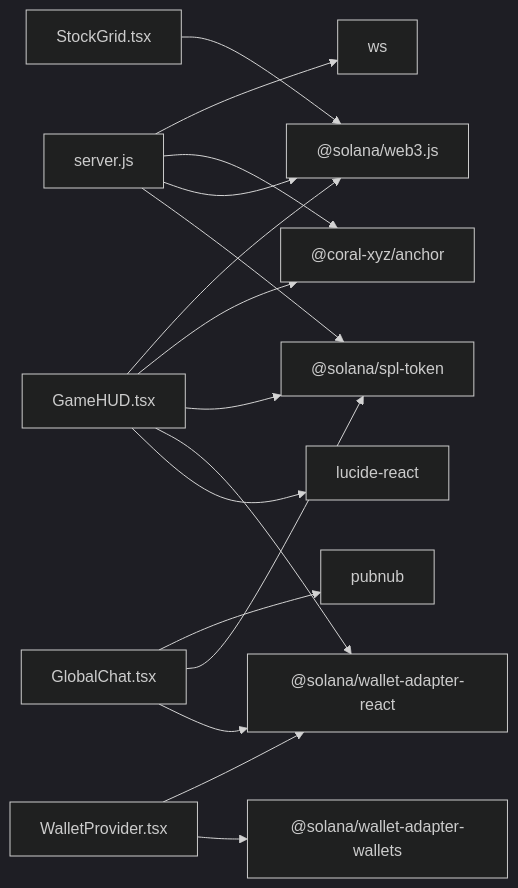
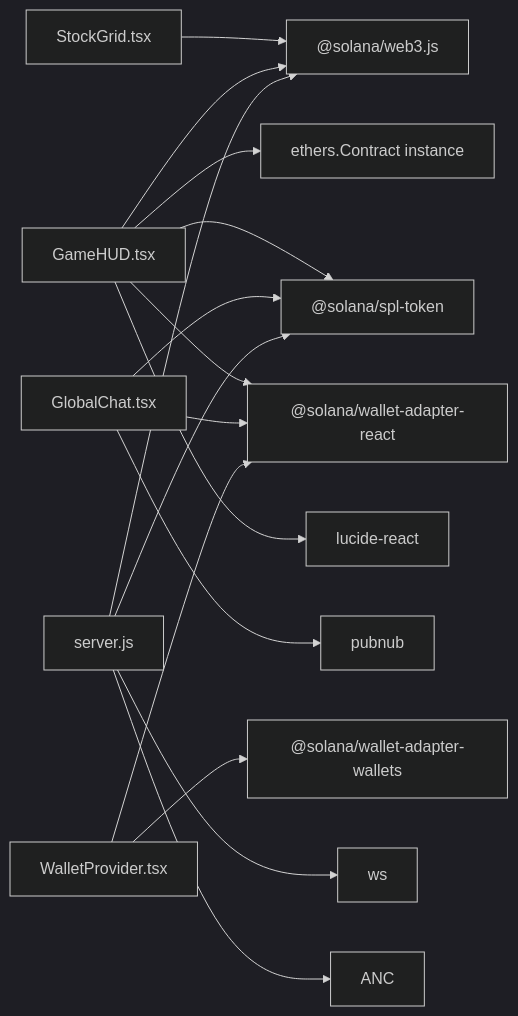
Before and after one commit to manovHacksaw/spermdotfun: the fourth of 4 diagrams in docs/technical-architecture.md, drawn with Mermaid (dark theme). The commit also changed other lines of this file and 8 other files, not shown here.

````diff
--- a/docs/technical-architecture.md
+++ b/docs/technical-architecture.md
@@ -212,18 +210,18 @@
 ```mermaid
 graph LR
     SG["StockGrid.tsx"] --> WJS["@solana/web3.js"]
     GH["GameHUD.tsx"] --> WJS
-    GH["GameHUD.tsx"] --> ANC["@coral-xyz/anchor"]
+    GH["GameHUD.tsx"] --> ETH["ethers.Contract instance"]
     GH["GameHUD.tsx"] --> SPL["@solana/spl-token"]
     GH["GameHUD.tsx"] --> WA["@solana/wallet-adapter-react"]
     GH["GameHUD.tsx"] --> LR["lucide-react"]
     GC["GlobalChat.tsx"] --> PN["pubnub"]
     GC["GlobalChat.tsx"] --> SPL
     GC["GlobalChat.tsx"] --> WA
     WP["WalletProvider.tsx"] --> WA
     WP["WalletProvider.tsx"] --> WAW["@solana/wallet-adapter-wallets"]
     SRV["server.js"] --> WS["ws"]
     SRV --> ANC
     SRV --> WJS
     SRV --> SPL
 ```
````
